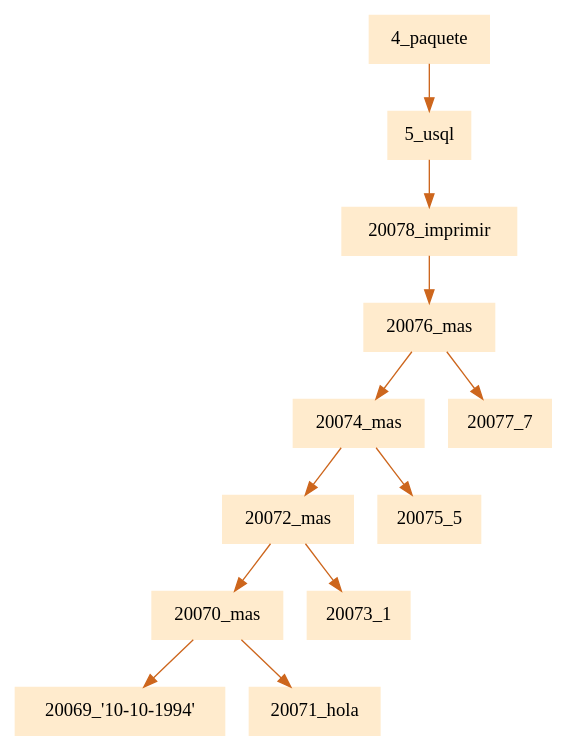
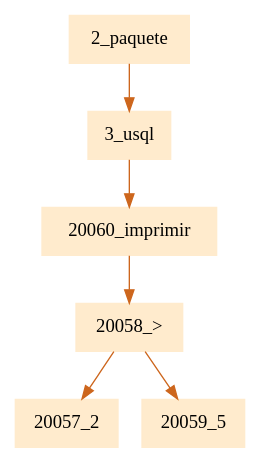
One commit to JamesMelgar/compi2javaccpr1 changed the diagram in pr1Compilarodores2/paquete.dot. Above: the diagram before and after it, drawn with Graphviz. The commit also changed 17 other files, not shown here.

```diff
--- a/pr1Compilarodores2/paquete.dot
+++ b/pr1Compilarodores2/paquete.dot
@@ -1,5 +1,5 @@
 digraph G {node[shape=box, style=filled, color=blanchedalmond]; edge[color=chocolate3];rankdir=UD 
 
-"4_paquete"->"5_usql""5_usql"->"20078_imprimir""20078_imprimir"->"20076_mas""20076_mas"->"20074_mas""20074_mas"->"20072_mas""20072_mas"->"20070_mas""20070_mas"->"20069_'10-10-1994'""20070_mas"->"20071_hola""20072_mas"->"20073_1""20074_mas"->"20075_5""20076_mas"->"20077_7"
+"2_paquete"->"3_usql""3_usql"->"20060_imprimir""20060_imprimir"->"20058_>""20058_>"->"20057_2""20058_>"->"20059_5"
 
 }
```
